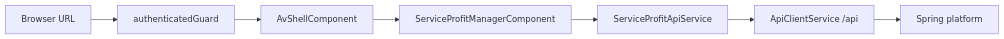
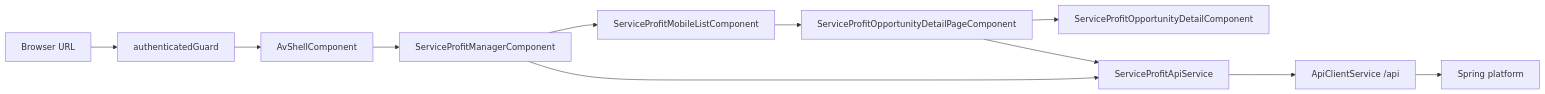
Before and after one commit to ramumutha/AutoVision: the first of 4 diagrams in docs/architecture/service-profit-frontend-flow.md, drawn with Mermaid. The commit also changed other lines of this file and 16 other files, not shown here.

Commit message:
feat: add mobile Service Profit experience

````diff
--- a/docs/architecture/service-profit-frontend-flow.md
+++ b/docs/architecture/service-profit-frontend-flow.md
@@ -9,9 +9,13 @@
 ```mermaid
 flowchart LR
     Browser[Browser URL] --> Guard[authenticatedGuard]
     Guard --> Shell[AvShellComponent]
     Shell --> Manager[ServiceProfitManagerComponent]
+    Manager --> Cards[ServiceProfitMobileListComponent]
+    Cards --> Page[ServiceProfitOpportunityDetailPageComponent]
+    Page --> Detail[ServiceProfitOpportunityDetailComponent]
     Manager --> Api[ServiceProfitApiService]
+    Page --> Api
     Api --> Client[ApiClientService /api]
     Client --> Platform[Spring platform]
 ```
````
